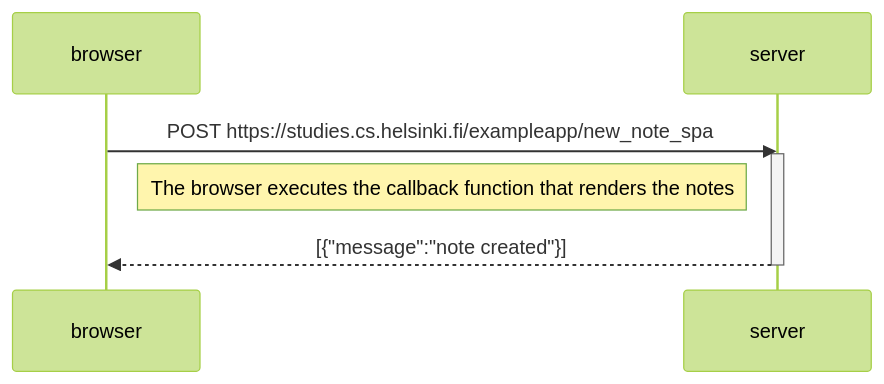
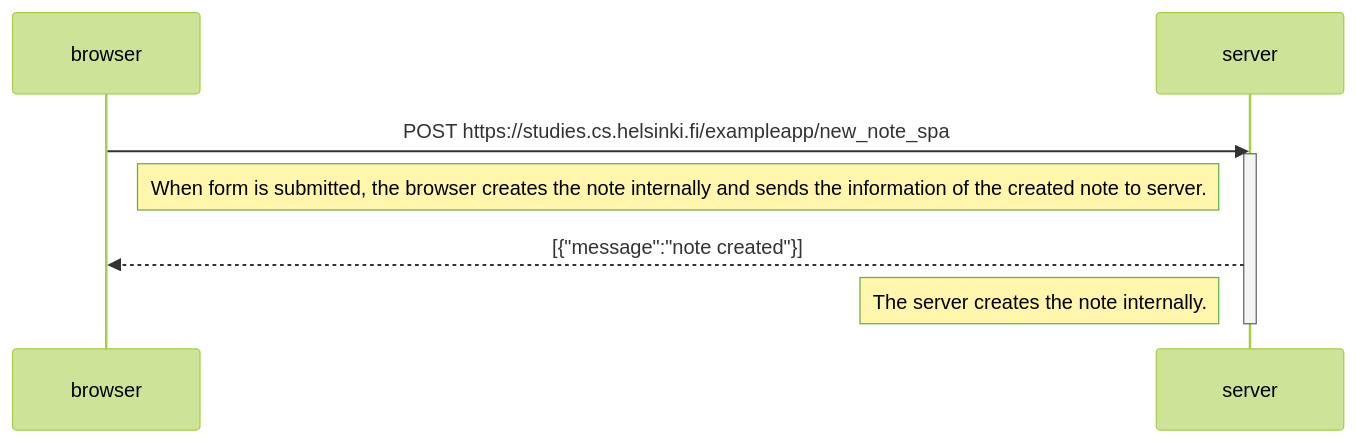
The diagram in ex0_6.md (nokka7/fullstack2023), drawn with Mermaid (forest theme) before and after one commit.

````diff
--- a/ex0_6.md
+++ b/ex0_6.md
@@ -1,11 +1,12 @@
 ```mermaid
 sequenceDiagram
     participant browser
     participant server
     
     browser->>server: POST https://studies.cs.helsinki.fi/exampleapp/new_note_spa
     activate server
-    Note right of browser: The browser executes the callback function that renders the notes 
+    Note right of browser: When form is submitted, the browser creates the note internally and sends the information of the created note to server. 
     server-->>browser: [{"message":"note created"}]
+    Note left of server: The server creates the note internally.
     deactivate server
 ```
````
